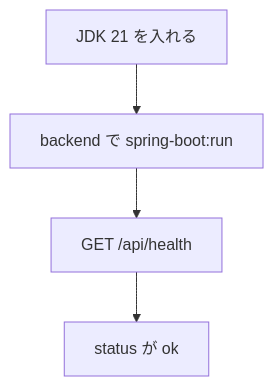
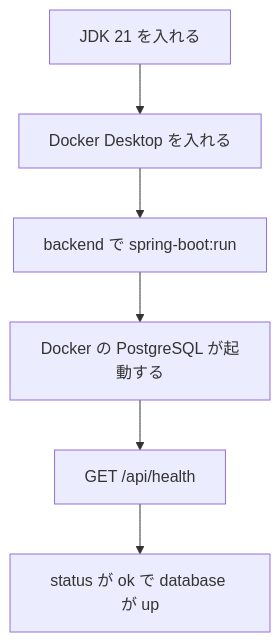
The diagram in ドキュメント/Spring Bootバックエンド初期セットアップ.md (pfgnsb/kadai-kanri-board), drawn with Mermaid before and after one commit. The commit also changed other lines of this file and 16 other files, not shown here.

Commit message:
手元に PostgreSQL を入れなくても API 経由で DB を動かせるよう、Docker Compose と JDBC 接続を足す

````diff
--- a/ドキュメント/Spring Bootバックエンド初期セットアップ.md
+++ b/ドキュメント/Spring Bootバックエンド初期セットアップ.md
@@ -34,6 +35,8 @@
 ```mermaid
 flowchart TD
-  jdk[JDK 21 を入れる] --> start[backend で spring-boot:run]
-  start --> health["GET /api/health"]
-  health --> ok["status が ok"]
+  jdk[JDK 21 を入れる] --> docker[Docker Desktop を入れる]
+  docker --> start[backend で spring-boot:run]
+  start --> pg[Docker の PostgreSQL が起動する]
+  pg --> health["GET /api/health"]
+  health --> ok["status が ok で database が up"]
 ```
````
